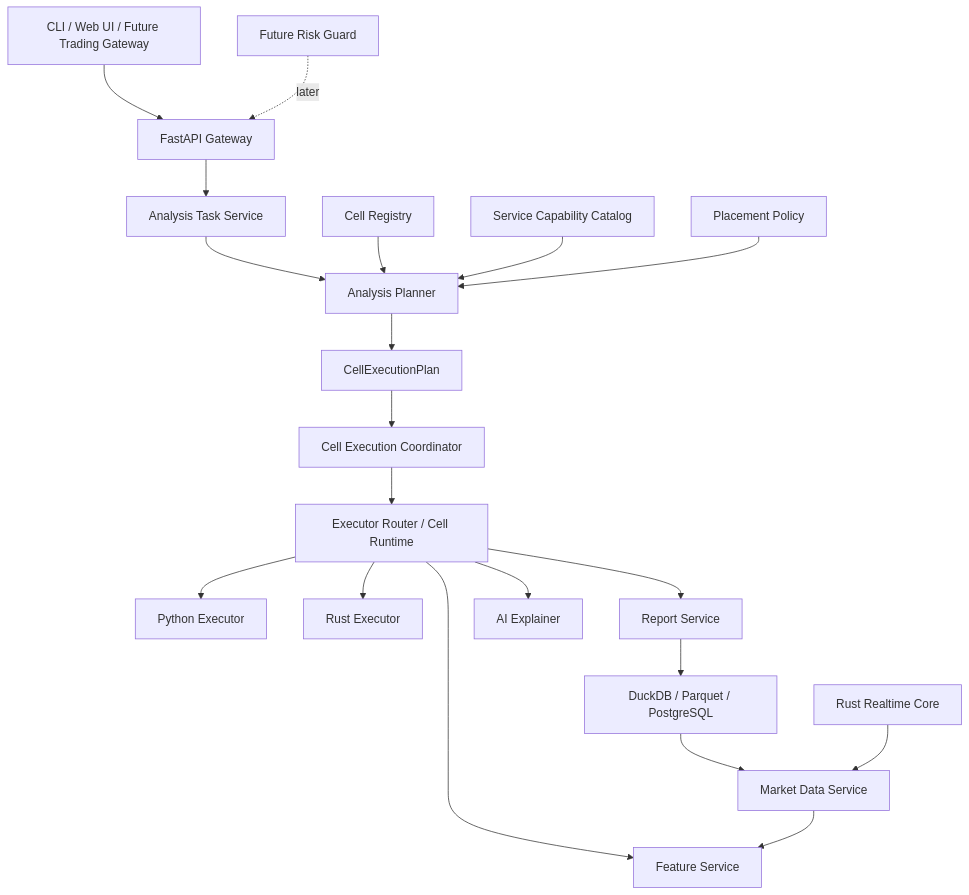
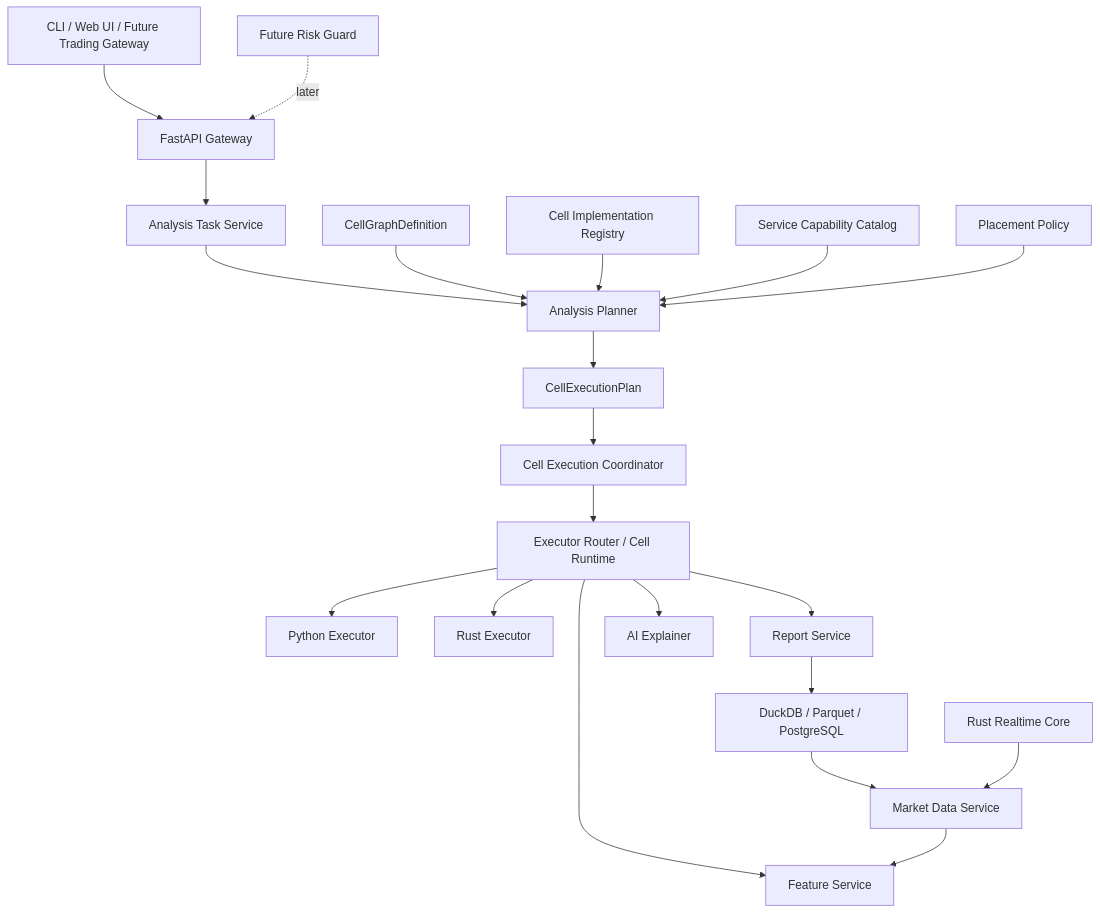
Before and after one commit to ModWU/market-cell: the first of 4 diagrams in docs/backend_architecture.md, drawn with Mermaid. The commit also changed other lines of this file and 38 other files, not shown here.

Commit message:
Add versioned Cell graph definitions

````diff
--- a/docs/backend_architecture.md
+++ b/docs/backend_architecture.md
@@ -33,24 +33,25 @@
 ```mermaid
 flowchart TD
     Client["CLI / Web UI / Future Trading Gateway"] --> API["FastAPI Gateway"]
     API --> Task["Analysis Task Service"]
     Task --> Planner["Analysis Planner"]
-    Registry["Cell Registry"] --> Planner
+    Graph["CellGraphDefinition"] --> Planner
+    Registry["Cell Implementation Registry"] --> Planner
     Catalog["Service Capability Catalog"] --> Planner
     Policy["Placement Policy"] --> Planner
     Planner --> Plan["CellExecutionPlan"]
     Plan --> Coordinator["Cell Execution Coordinator"]
     Coordinator --> Runtime["Executor Router / Cell Runtime"]
     Runtime --> PyExecutor["Python Executor"]
     Runtime --> RustExecutor["Rust Executor"]
     Runtime --> Feature["Feature Service"]
     Runtime --> Report["Report Service"]
     Runtime --> AI["AI Explainer"]
 
     Data["Market Data Service"] --> Feature
     Storage["DuckDB / Parquet / PostgreSQL"] --> Data
     Report --> Storage
 
     Rust["Rust Realtime Core"] --> Data
     Risk["Future Risk Guard"] -. later .-> API
 ```
````
